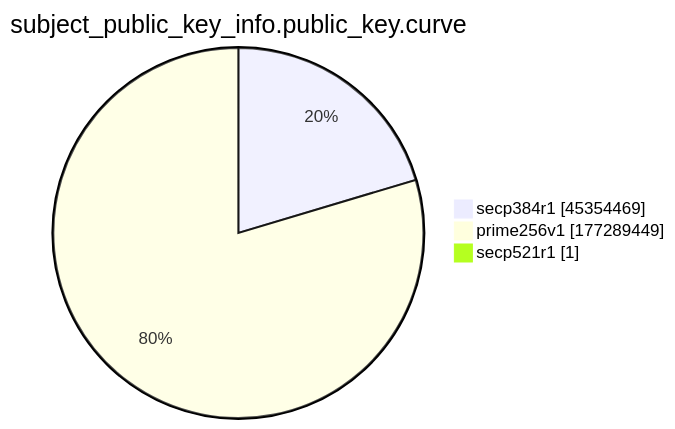
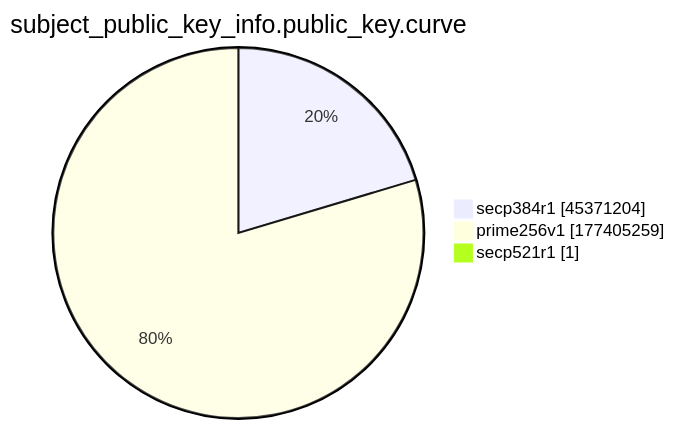
The ninth of 15 diagrams in xenon2022/README.md (christiankrug/ctmonitor_visualization), drawn with Mermaid before and after one commit. The commit also changed other lines of this file, not shown here.

````diff
--- a/xenon2022/README.md
+++ b/xenon2022/README.md
@@ -2873,7 +2873,7 @@
 ```mermaid
 pie showData
 title subject_public_key_info.public_key.curve
-"secp384r1" :45354469
-"prime256v1" :177289449
+"secp384r1" :45371204
+"prime256v1" :177405259
 "secp521r1" :1
 ```
````
